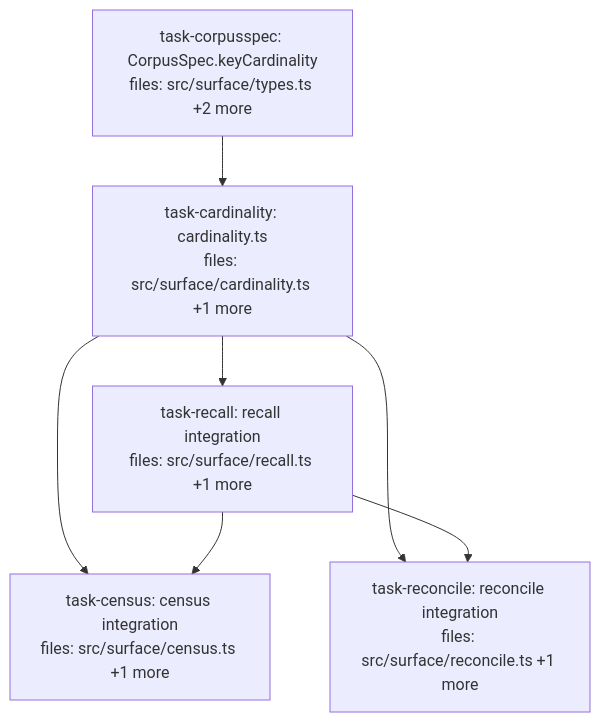
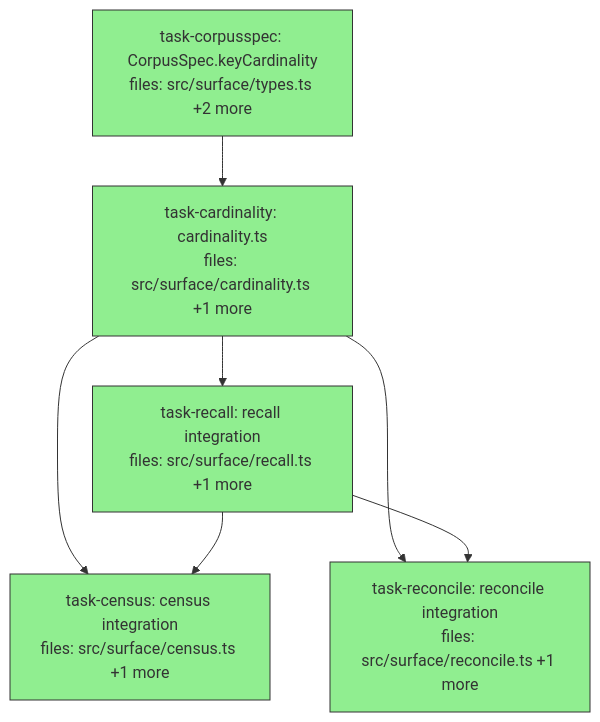
One commit to BrettNye/Mneme changed the diagram in docs/superpowers/plans/2026-07-01-cardinality-declaration-dag.md. Above: the diagram before and after it, drawn with Mermaid. The commit also changed other lines of this file, not shown here.

Commit message:
docs(plan): mark Cluster C DAG complete — all 5 tasks done

````diff
--- a/docs/superpowers/plans/2026-07-01-cardinality-declaration-dag.md
+++ b/docs/superpowers/plans/2026-07-01-cardinality-declaration-dag.md
@@ -10,21 +10,21 @@
 ```mermaid
 flowchart TD
-    task-corpusspec["task-corpusspec: CorpusSpec.keyCardinality<br/>files: src/surface/types.ts +2 more"]
-    task-cardinality["task-cardinality: cardinality.ts<br/>files: src/surface/cardinality.ts +1 more"]
-    task-recall["task-recall: recall integration<br/>files: src/surface/recall.ts +1 more"]
-    task-census["task-census: census integration<br/>files: src/surface/census.ts +1 more"]
-    task-reconcile["task-reconcile: reconcile integration<br/>files: src/surface/reconcile.ts +1 more"]
+    task-corpusspec["task-corpusspec: CorpusSpec.keyCardinality<br/>files: src/surface/types.ts +2 more"]:::done
+    task-cardinality["task-cardinality: cardinality.ts<br/>files: src/surface/cardinality.ts +1 more"]:::done
+    task-recall["task-recall: recall integration<br/>files: src/surface/recall.ts +1 more"]:::done
+    task-census["task-census: census integration<br/>files: src/surface/census.ts +1 more"]:::done
+    task-reconcile["task-reconcile: reconcile integration<br/>files: src/surface/reconcile.ts +1 more"]:::done
 
     task-corpusspec --> task-cardinality
     task-cardinality --> task-recall
     task-cardinality --> task-census
     task-cardinality --> task-reconcile
     task-recall --> task-census
     task-recall --> task-reconcile
 
     classDef done fill:#90ee90,stroke:#333
     classDef ready fill:#fffacd,stroke:#333
     classDef running fill:#87ceeb,stroke:#333
     classDef failed fill:#ffb6c1,stroke:#333
     classDef skipped fill:#d3d3d3,stroke:#333,stroke-dasharray: 5 5
 ```
````
